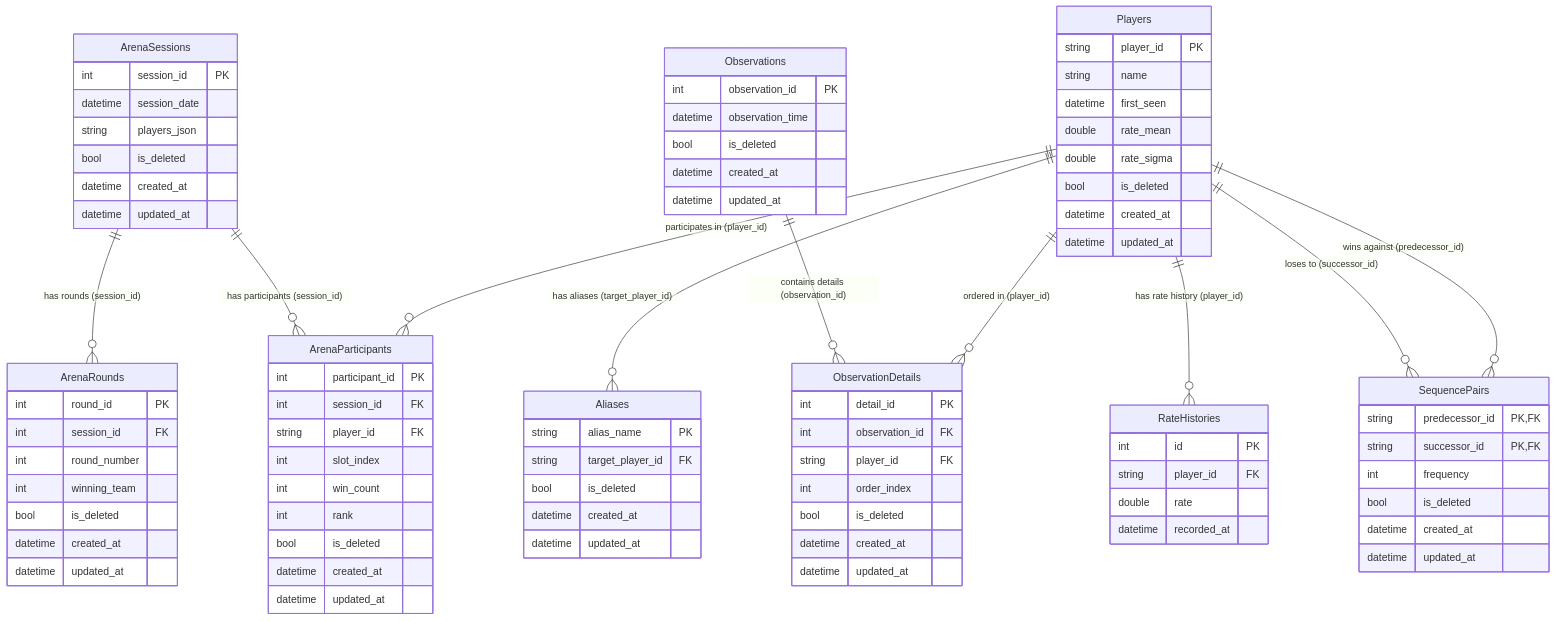
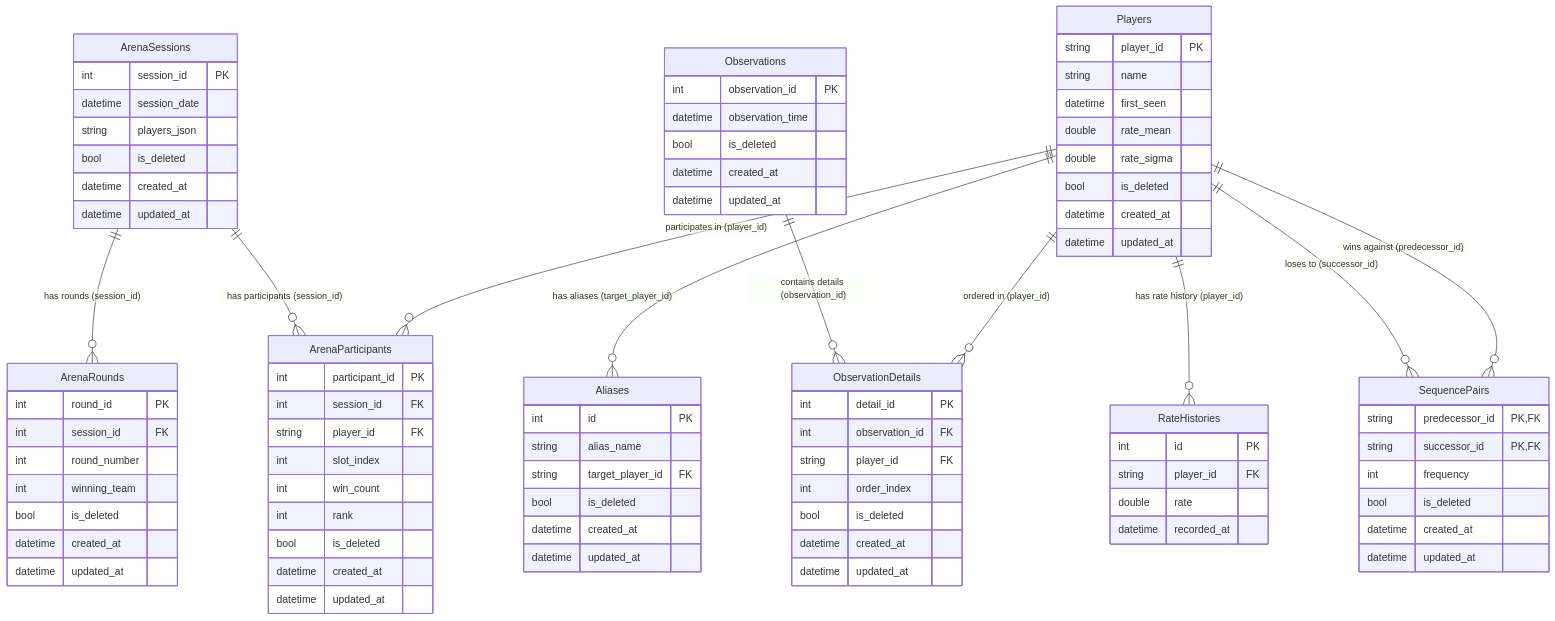
The diagram in NssOrderTool/docs/database/dist/schema.mmd (clear-bg/NSS-player-order-estimation), drawn with Mermaid before and after one commit. The commit also changed other lines of this file and 1 other file, not shown here.

Commit message:
docs: Aliasesテーブルの主キー変更に伴うER図の更新

```diff
--- a/NssOrderTool/docs/database/dist/schema.mmd
+++ b/NssOrderTool/docs/database/dist/schema.mmd
@@ -1,112 +1,113 @@
 erDiagram
 
     %% --- Tables ---
 Aliases {
-    string alias_name PK
+    int id PK
+    string alias_name
     string target_player_id FK
     bool is_deleted
     datetime created_at
     datetime updated_at
   }
 
 
 ArenaParticipants {
     int participant_id PK
     int session_id FK
     string player_id FK
     int slot_index
     int win_count
     int rank
     bool is_deleted
     datetime created_at
     datetime updated_at
   }
 
 
 ArenaRounds {
     int round_id PK
     int session_id FK
     int round_number
     int winning_team
     bool is_deleted
     datetime created_at
     datetime updated_at
   }
 
 
 ArenaSessions {
     int session_id PK
     datetime session_date
     string players_json
     bool is_deleted
     datetime created_at
     datetime updated_at
   }
 
 
 ObservationDetails {
     int detail_id PK
     int observation_id FK
     string player_id FK
     int order_index
     bool is_deleted
     datetime created_at
     datetime updated_at
   }
 
 
 Observations {
     int observation_id PK
     datetime observation_time
     bool is_deleted
     datetime created_at
     datetime updated_at
   }
 
 
 Players {
     string player_id PK
     string name
     datetime first_seen
     double rate_mean
     double rate_sigma
     bool is_deleted
     datetime created_at
     datetime updated_at
   }
 
 
 RateHistories {
     int id PK
     string player_id FK
     double rate
     datetime recorded_at
   }
 
 
 SequencePairs {
     string predecessor_id PK,FK
     string successor_id PK,FK
     int frequency
     bool is_deleted
     datetime created_at
     datetime updated_at
   }
 
 
 
     %% --- Relationships ---
 %% --- Player relationships ---
   Players ||--o{ Aliases : "has aliases (target_player_id)"
   Players ||--o{ ArenaParticipants : "participates in (player_id)"
   Players ||--o{ ObservationDetails : "ordered in (player_id)"
   Players ||--o{ RateHistories : "has rate history (player_id)"
   Players ||--o{ SequencePairs : "wins against (predecessor_id)"
   Players ||--o{ SequencePairs : "loses to (successor_id)"
 
   %% --- ArenaSession relationships ---
   ArenaSessions ||--o{ ArenaParticipants : "has participants (session_id)"
   ArenaSessions ||--o{ ArenaRounds : "has rounds (session_id)"
 
   %% --- Observation relationships ---
   Observations ||--o{ ObservationDetails : "contains details (observation_id)"
```
